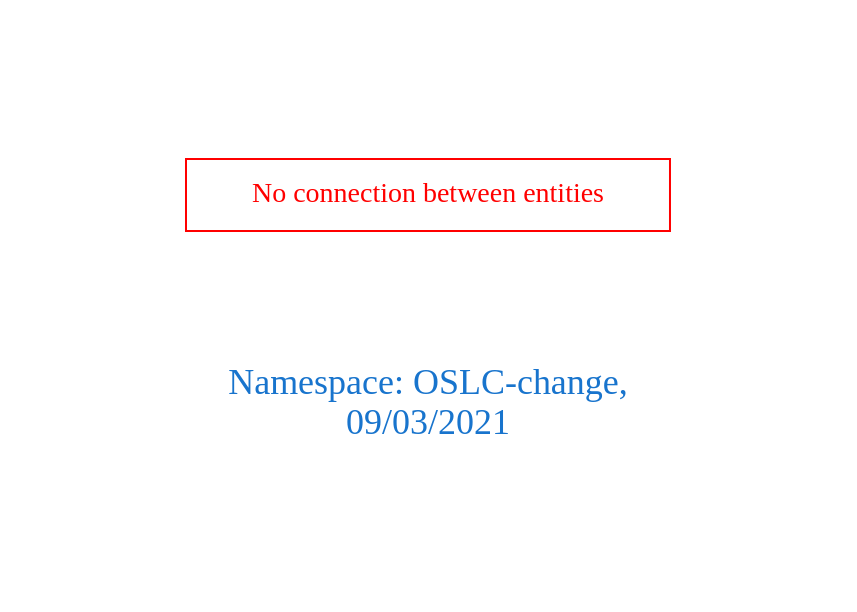
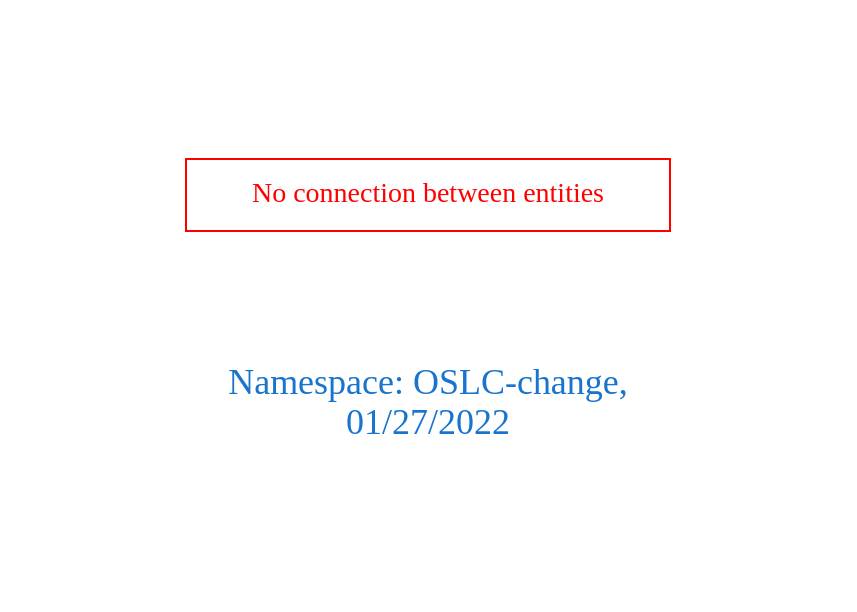
One commit to arago/OGIT changed the diagram in downloads/OSLC-change.dot. Above: the diagram before and after it, drawn with Graphviz. The commit also changed 1937 other files, not shown here.

```diff
--- a/downloads/OSLC-change.dot
+++ b/downloads/OSLC-change.dot
@@ -1,9 +1,9 @@
 digraph OGIT_ontology {
  graph [ rankdir= LR,pad=1 
 fontsize = 18,
-fontcolor= dodgerblue3,label = "\n\n\nNamespace: OSLC-change, \n 09/03/2021"];
+fontcolor= dodgerblue3,label = "\n\n\nNamespace: OSLC-change, \n 01/27/2022"];
 node[shape=polygon];
 edge [  color="gray81"];
 
 "No connection between entities" [fontcolor = "red",color="red", shape="polygon"]
 }
```
